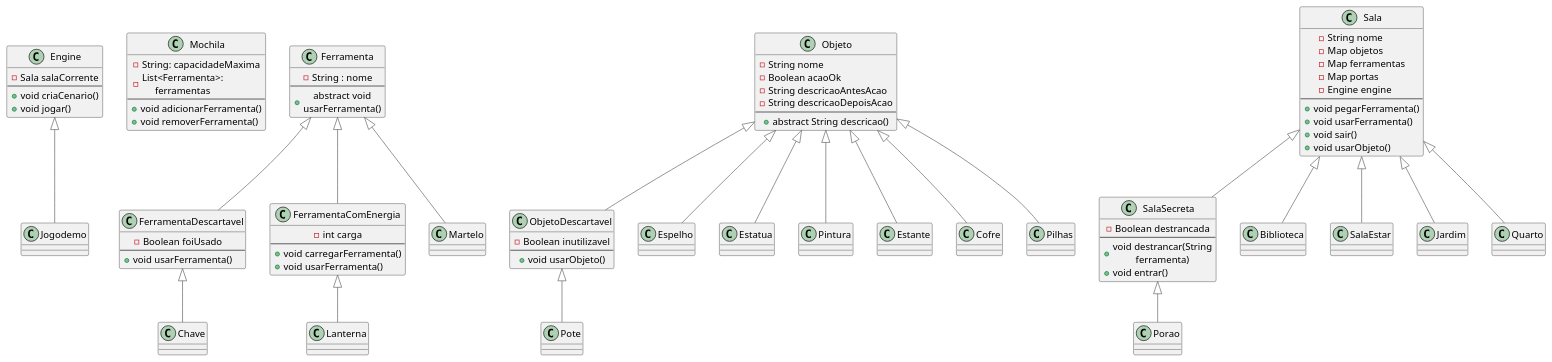
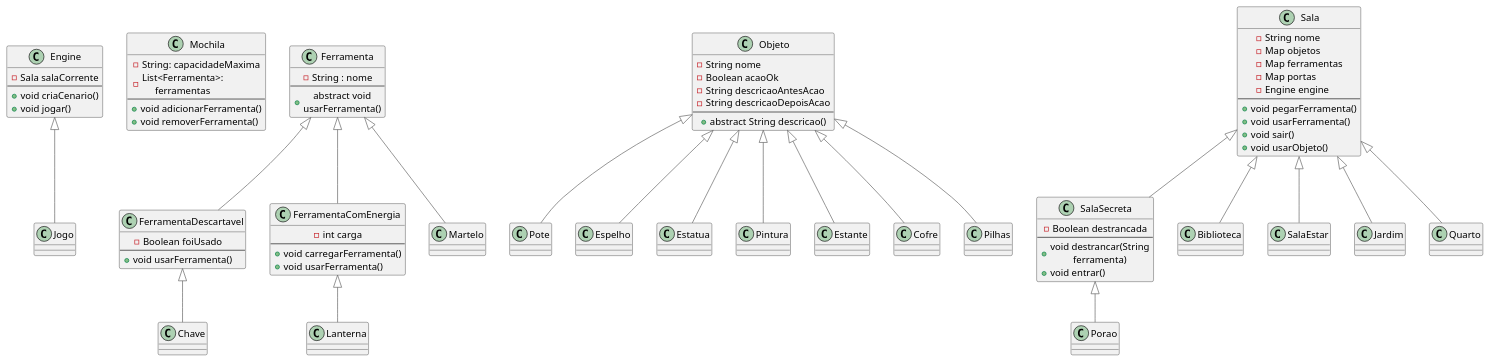
One commit to juliakriedte/G12_TF changed the diagram in drgClasses.puml. Above: the diagram before and after it, drawn with PlantUML. The commit also changed 42 other files, not shown here.

```diff
--- a/drgClasses.puml
+++ b/drgClasses.puml
@@ -1,97 +1,91 @@
 @startuml C4_Elements
 !include https://raw.githubusercontent.com/plantuml-stdlib/C4-PlantUML/master/C4_Container.puml
 
 class Engine {
     -Sala salaCorrente
     --
     +void criaCenario()
     +void jogar()
 }
 
 class Mochila {
     -String: capacidadeMaxima
     -List<Ferramenta>: ferramentas
     --
     +void adicionarFerramenta()
     +void removerFerramenta()
 }
 
 class Ferramenta {
     -String : nome
     --
     +abstract void usarFerramenta()
 }
 
 class FerramentaDescartavel extends Ferramenta {
     -Boolean foiUsado
     --
     +void usarFerramenta()
 }
 
 class FerramentaComEnergia extends Ferramenta {
     -int carga
     --
     +void carregarFerramenta()
     +void usarFerramenta()
 }
 
 class Objeto {
     -String nome
     -Boolean acaoOk
     -String descricaoAntesAcao
     -String descricaoDepoisAcao
     --
     +abstract String descricao()
 }
 
-class ObjetoDescartavel extends Objeto {
-    -Boolean inutilizavel
-    --
-    +void usarObjeto()
-}
-
 class Sala {
     -String nome
     -Map objetos
     -Map ferramentas
     -Map portas
     -Engine engine
     --
     +void pegarFerramenta()
     +void usarFerramenta()
     +void sair()
     +void usarObjeto()
 }
 
 class SalaSecreta extends Sala {
     -Boolean destrancada
     --
     +void destrancar(String ferramenta)
     +void entrar()
 }
 
 
 'Ferramentas
 class Lanterna extends FerramentaComEnergia
 class Chave extends FerramentaDescartavel
 class Martelo extends Ferramenta
 
 'Objetos
-class Pote extends ObjetoDescartavel
+class Pote extends Objeto
 class Espelho extends Objeto
 class Estatua extends Objeto
 class Pintura extends Objeto
 class Estante extends Objeto
 class Cofre extends Objeto
 class Pilhas extends Objeto
 
 'Salas
 class Biblioteca extends Sala
 class Porao extends SalaSecreta
 class SalaEstar extends Sala
 class Jardim extends Sala
 class Quarto extends Sala
 
-Engine <|-- Jogodemo
+Engine <|-- Jogo
 
 @enduml
```
